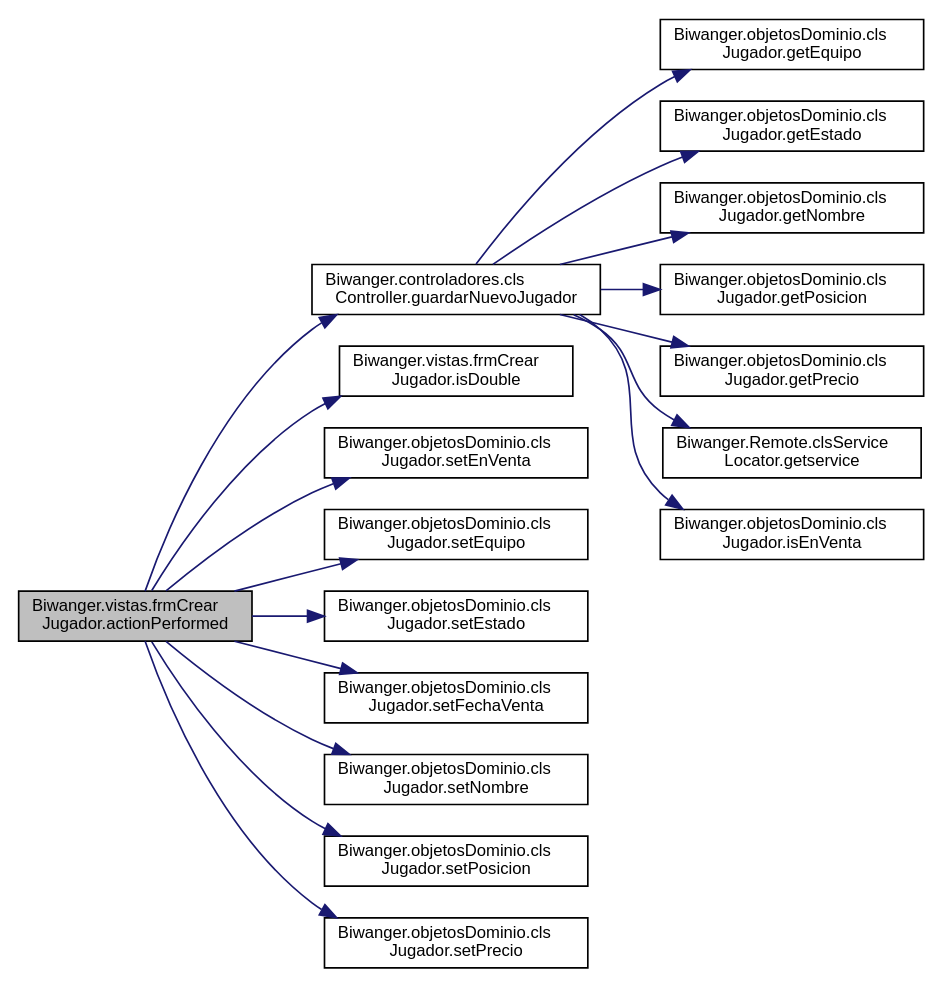
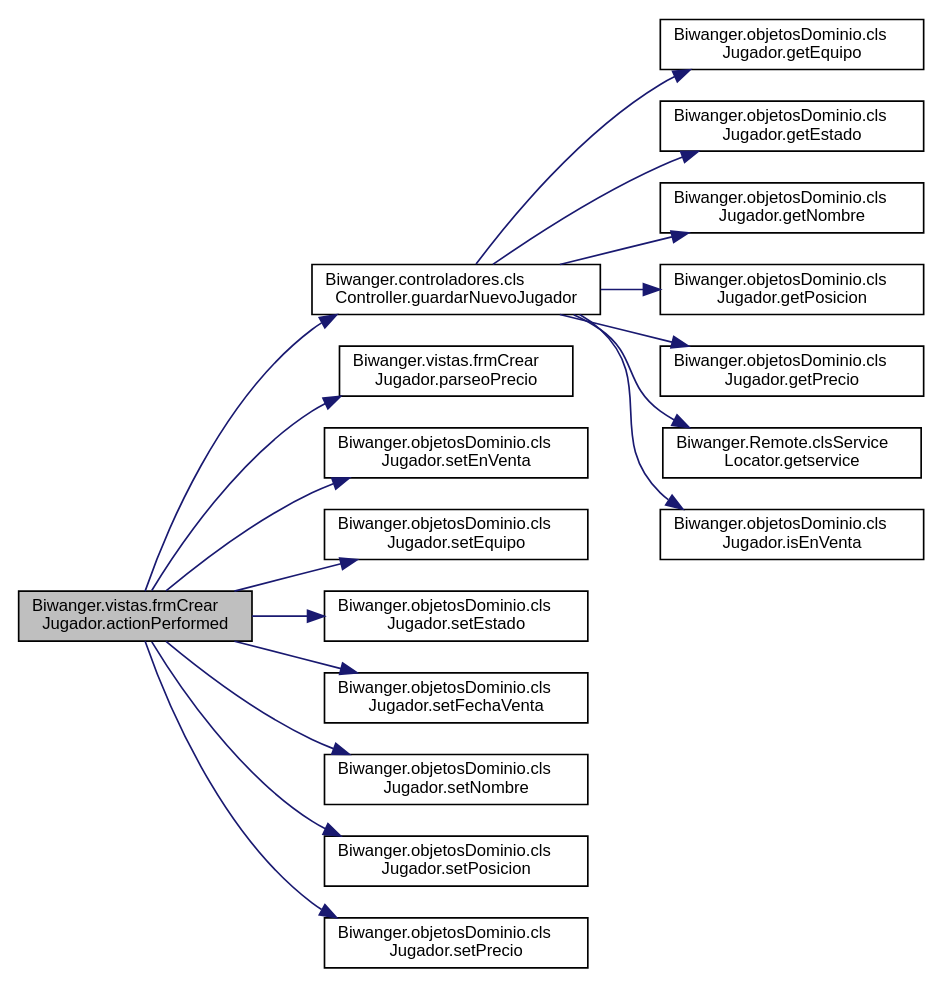
Before and after one commit to nagorecb/BiwangerCliente: the diagram in docs/class_biwanger_1_1vistas_1_1frm_crear_jugador_a36d4f058ab4b0a242eb43bf14110d085_cgraph.dot, drawn with Graphviz. The commit also changed 145 other files, not shown here.

```diff
--- a/docs/class_biwanger_1_1vistas_1_1frm_crear_jugador_a36d4f058ab4b0a242eb43bf14110d085_cgraph.dot
+++ b/docs/class_biwanger_1_1vistas_1_1frm_crear_jugador_a36d4f058ab4b0a242eb43bf14110d085_cgraph.dot
@@ -1,40 +1,40 @@
 digraph "Biwanger.vistas.frmCrearJugador.actionPerformed"
 {
  // LATEX_PDF_SIZE
   edge [fontname="Helvetica",fontsize="10",labelfontname="Helvetica",labelfontsize="10"];
   node [fontname="Helvetica",fontsize="10",shape=record];
   rankdir="LR";
   Node1 [label="Biwanger.vistas.frmCrear\lJugador.actionPerformed",height=0.2,width=0.4,color="black", fillcolor="grey75", style="filled", fontcolor="black",tooltip=" "];
   Node1 -> Node2 [color="midnightblue",fontsize="10",style="solid",fontname="Helvetica"];
   Node2 [label="Biwanger.controladores.cls\lController.guardarNuevoJugador",height=0.2,width=0.4,color="black", fillcolor="white", style="filled",URL="$class_biwanger_1_1controladores_1_1cls_controller.html#aadd128e70163f055043799c14304f904",tooltip=" "];
   Node2 -> Node3 [color="midnightblue",fontsize="10",style="solid",fontname="Helvetica"];
   Node3 [label="Biwanger.objetosDominio.cls\lJugador.getEquipo",height=0.2,width=0.4,color="black", fillcolor="white", style="filled",URL="$class_biwanger_1_1objetos_dominio_1_1cls_jugador.html#ac6dafea9bb7b4a2969c16d989d3d8470",tooltip=" "];
   Node2 -> Node4 [color="midnightblue",fontsize="10",style="solid",fontname="Helvetica"];
   Node4 [label="Biwanger.objetosDominio.cls\lJugador.getEstado",height=0.2,width=0.4,color="black", fillcolor="white", style="filled",URL="$class_biwanger_1_1objetos_dominio_1_1cls_jugador.html#a6abe273ae327cc9569f3fa20d6b8b4e5",tooltip=" "];
   Node2 -> Node5 [color="midnightblue",fontsize="10",style="solid",fontname="Helvetica"];
   Node5 [label="Biwanger.objetosDominio.cls\lJugador.getNombre",height=0.2,width=0.4,color="black", fillcolor="white", style="filled",URL="$class_biwanger_1_1objetos_dominio_1_1cls_jugador.html#ad045f4d9b485b7933c78ed9b93bd0e2a",tooltip=" "];
   Node2 -> Node6 [color="midnightblue",fontsize="10",style="solid",fontname="Helvetica"];
   Node6 [label="Biwanger.objetosDominio.cls\lJugador.getPosicion",height=0.2,width=0.4,color="black", fillcolor="white", style="filled",URL="$class_biwanger_1_1objetos_dominio_1_1cls_jugador.html#aff3093573faf0d914b8ca7303b5e3eff",tooltip=" "];
   Node2 -> Node7 [color="midnightblue",fontsize="10",style="solid",fontname="Helvetica"];
   Node7 [label="Biwanger.objetosDominio.cls\lJugador.getPrecio",height=0.2,width=0.4,color="black", fillcolor="white", style="filled",URL="$class_biwanger_1_1objetos_dominio_1_1cls_jugador.html#a7369012af8d321d531ffb883ee8ed7a4",tooltip=" "];
   Node2 -> Node8 [color="midnightblue",fontsize="10",style="solid",fontname="Helvetica"];
   Node8 [label="Biwanger.Remote.clsService\lLocator.getservice",height=0.2,width=0.4,color="black", fillcolor="white", style="filled",URL="$class_biwanger_1_1_remote_1_1cls_service_locator.html#ab5887258804ee4871414885b9482a13b",tooltip=" "];
   Node2 -> Node9 [color="midnightblue",fontsize="10",style="solid",fontname="Helvetica"];
   Node9 [label="Biwanger.objetosDominio.cls\lJugador.isEnVenta",height=0.2,width=0.4,color="black", fillcolor="white", style="filled",URL="$class_biwanger_1_1objetos_dominio_1_1cls_jugador.html#af0a8426fc6a330513e714c12e72cd597",tooltip=" "];
   Node1 -> Node10 [color="midnightblue",fontsize="10",style="solid",fontname="Helvetica"];
-  Node10 [label="Biwanger.vistas.frmCrear\lJugador.isDouble",height=0.2,width=0.4,color="black", fillcolor="white", style="filled",URL="$class_biwanger_1_1vistas_1_1frm_crear_jugador.html#a06123a4574e1dd33167eb4dc0ac3ef53",tooltip=" "];
+  Node10 [label="Biwanger.vistas.frmCrear\lJugador.parseoPrecio",height=0.2,width=0.4,color="black", fillcolor="white", style="filled",URL="$class_biwanger_1_1vistas_1_1frm_crear_jugador.html#a80acdddf7dd15b1c44bfd98576d09c12",tooltip=" "];
   Node1 -> Node11 [color="midnightblue",fontsize="10",style="solid",fontname="Helvetica"];
   Node11 [label="Biwanger.objetosDominio.cls\lJugador.setEnVenta",height=0.2,width=0.4,color="black", fillcolor="white", style="filled",URL="$class_biwanger_1_1objetos_dominio_1_1cls_jugador.html#ad4ecf61842a159ca5736331a2d95a185",tooltip=" "];
   Node1 -> Node12 [color="midnightblue",fontsize="10",style="solid",fontname="Helvetica"];
   Node12 [label="Biwanger.objetosDominio.cls\lJugador.setEquipo",height=0.2,width=0.4,color="black", fillcolor="white", style="filled",URL="$class_biwanger_1_1objetos_dominio_1_1cls_jugador.html#a1af8f5d3cfca400dc1af03ef356785df",tooltip=" "];
   Node1 -> Node13 [color="midnightblue",fontsize="10",style="solid",fontname="Helvetica"];
   Node13 [label="Biwanger.objetosDominio.cls\lJugador.setEstado",height=0.2,width=0.4,color="black", fillcolor="white", style="filled",URL="$class_biwanger_1_1objetos_dominio_1_1cls_jugador.html#a8ab631201714e003ac335a48c0db7146",tooltip=" "];
   Node1 -> Node14 [color="midnightblue",fontsize="10",style="solid",fontname="Helvetica"];
   Node14 [label="Biwanger.objetosDominio.cls\lJugador.setFechaVenta",height=0.2,width=0.4,color="black", fillcolor="white", style="filled",URL="$class_biwanger_1_1objetos_dominio_1_1cls_jugador.html#ade52b7d0df2579b117919eba9ccea255",tooltip=" "];
   Node1 -> Node15 [color="midnightblue",fontsize="10",style="solid",fontname="Helvetica"];
   Node15 [label="Biwanger.objetosDominio.cls\lJugador.setNombre",height=0.2,width=0.4,color="black", fillcolor="white", style="filled",URL="$class_biwanger_1_1objetos_dominio_1_1cls_jugador.html#affa9bf54f6ed59d705e5abb27c4583ca",tooltip=" "];
   Node1 -> Node16 [color="midnightblue",fontsize="10",style="solid",fontname="Helvetica"];
   Node16 [label="Biwanger.objetosDominio.cls\lJugador.setPosicion",height=0.2,width=0.4,color="black", fillcolor="white", style="filled",URL="$class_biwanger_1_1objetos_dominio_1_1cls_jugador.html#a9dc21bdb033e6cdb369560267d3a131a",tooltip=" "];
   Node1 -> Node17 [color="midnightblue",fontsize="10",style="solid",fontname="Helvetica"];
   Node17 [label="Biwanger.objetosDominio.cls\lJugador.setPrecio",height=0.2,width=0.4,color="black", fillcolor="white", style="filled",URL="$class_biwanger_1_1objetos_dominio_1_1cls_jugador.html#aed118d869f3c54e131b96c6e6af08684",tooltip=" "];
 }
```
